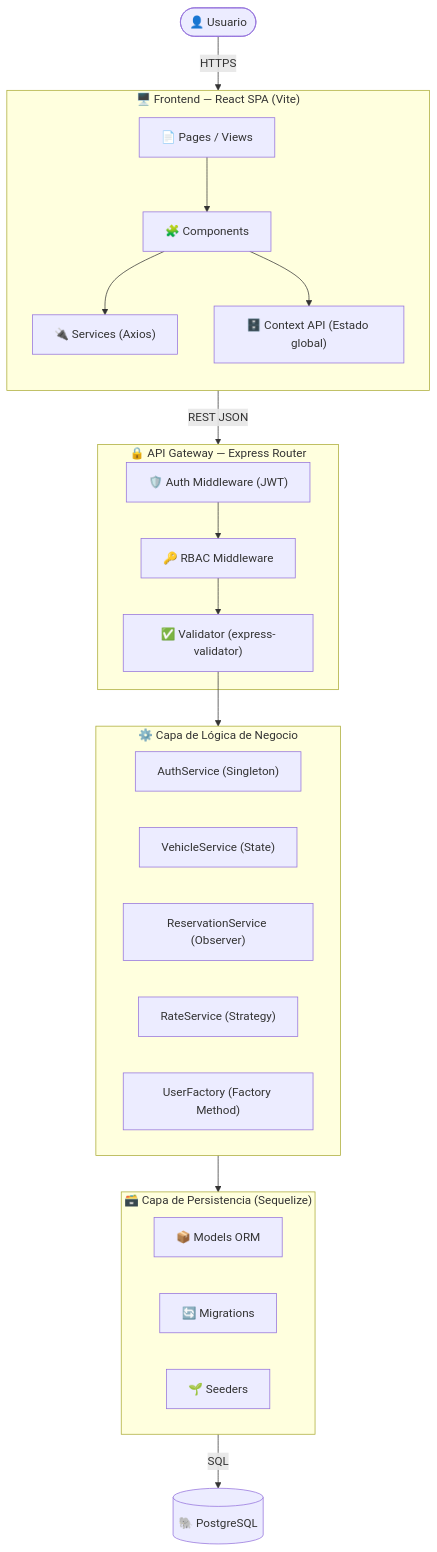
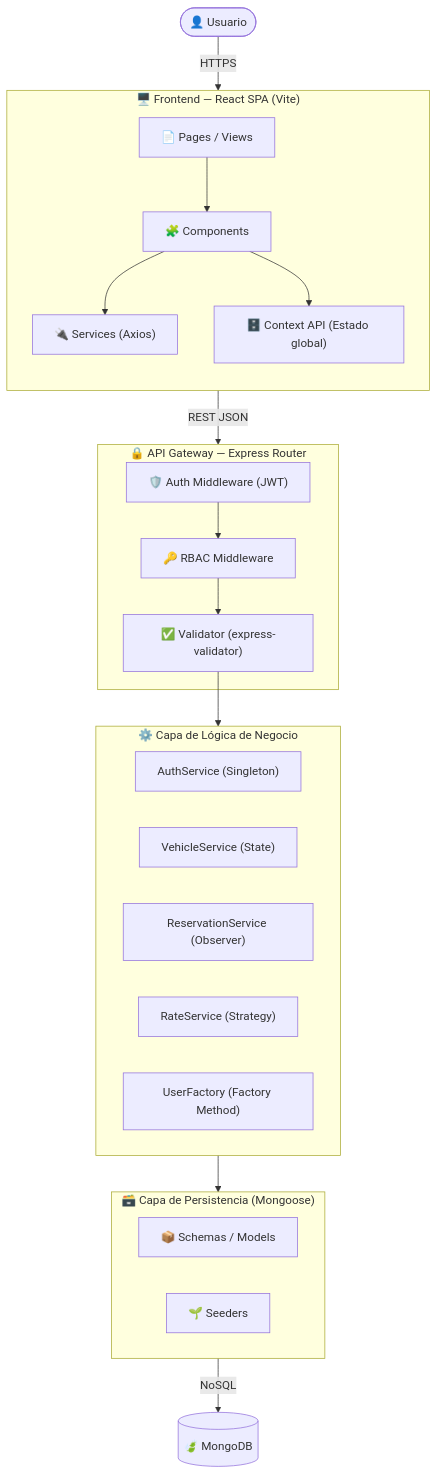
One commit to andr36s/AlquilerSaaS changed the diagram in README.md. Above: the diagram before and after it, drawn with Mermaid. The commit also changed other lines of this file, not shown here.

````diff
--- a/README.md
+++ b/README.md
@@ -94,44 +94,43 @@
 ```mermaid
 flowchart TD
     U([👤 Usuario]) -->|HTTPS| F
 
     subgraph F["🖥️ Frontend — React SPA (Vite)"]
         direction TB
         Pages["📄 Pages / Views"]
         Components["🧩 Components"]
         Services["🔌 Services (Axios)"]
         Context["🗄️ Context API (Estado global)"]
         Pages --> Components
         Components --> Services
         Components --> Context
     end
 
     Services -->|REST JSON| G
 
     subgraph G["🔒 API Gateway — Express Router"]
         Auth["🛡️ Auth Middleware (JWT)"]
         RBAC["🔑 RBAC Middleware"]
         Validator["✅ Validator (express-validator)"]
         Auth --> RBAC --> Validator
     end
 
     Validator --> BL
 
     subgraph BL["⚙️ Capa de Lógica de Negocio"]
         AuthSvc["AuthService (Singleton)"]
         VehicleSvc["VehicleService (State)"]
         ReservSvc["ReservationService (Observer)"]
         RateSvc["RateService (Strategy)"]
         UserFactory["UserFactory (Factory Method)"]
     end
 
     BL --> DAL
 
-    subgraph DAL["🗃️ Capa de Persistencia (Sequelize)"]
-        Models["📦 Models ORM"]
-        Migrations["🔄 Migrations"]
+    subgraph DAL["🗃️ Capa de Persistencia (Mongoose)"]
+        Models["📦 Schemas / Models"]
         Seeders["🌱 Seeders"]
     end
 
-    DAL -->|SQL| DB[(🐘 PostgreSQL)]
+    DAL -->|NoSQL| DB[(🍃 MongoDB)]
 ```
````
